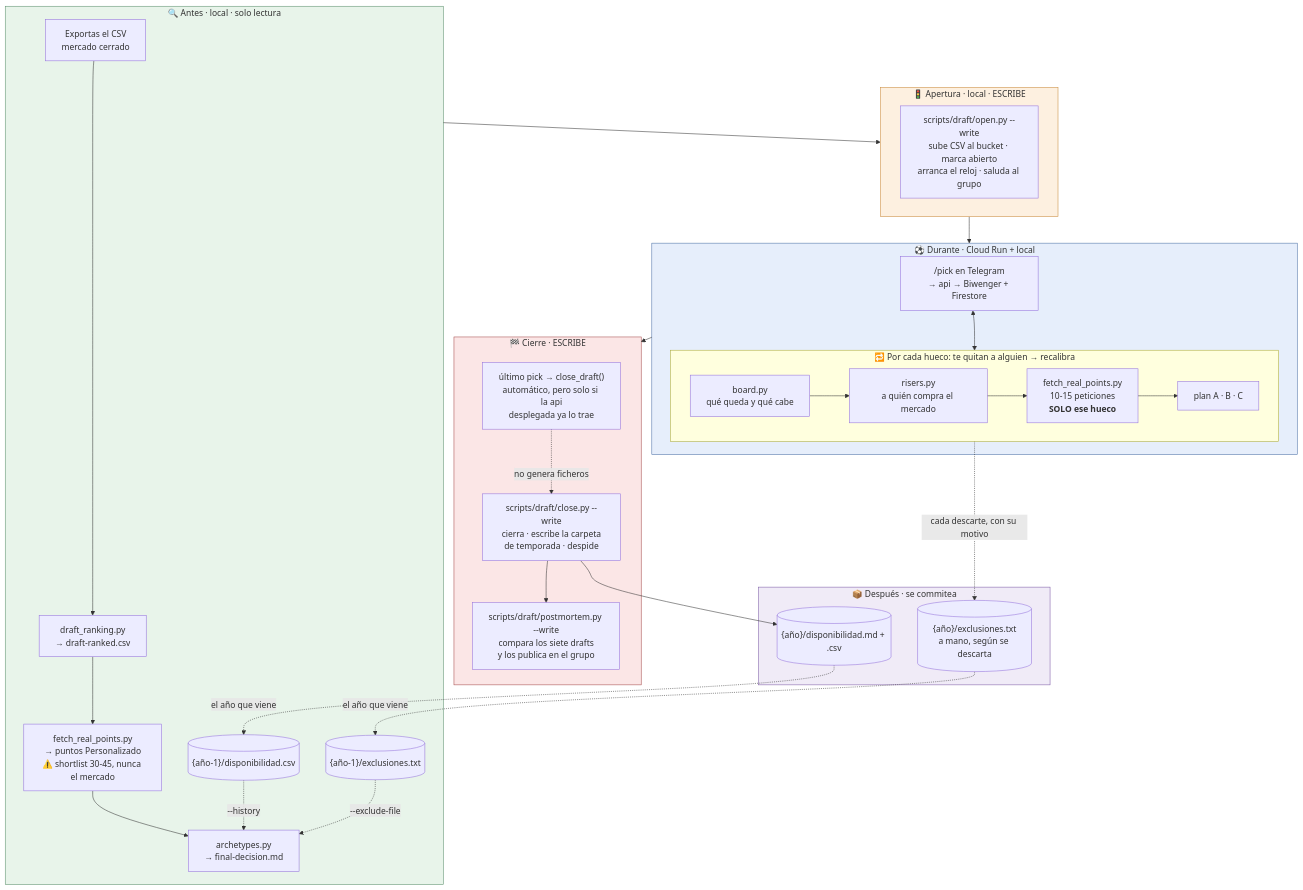
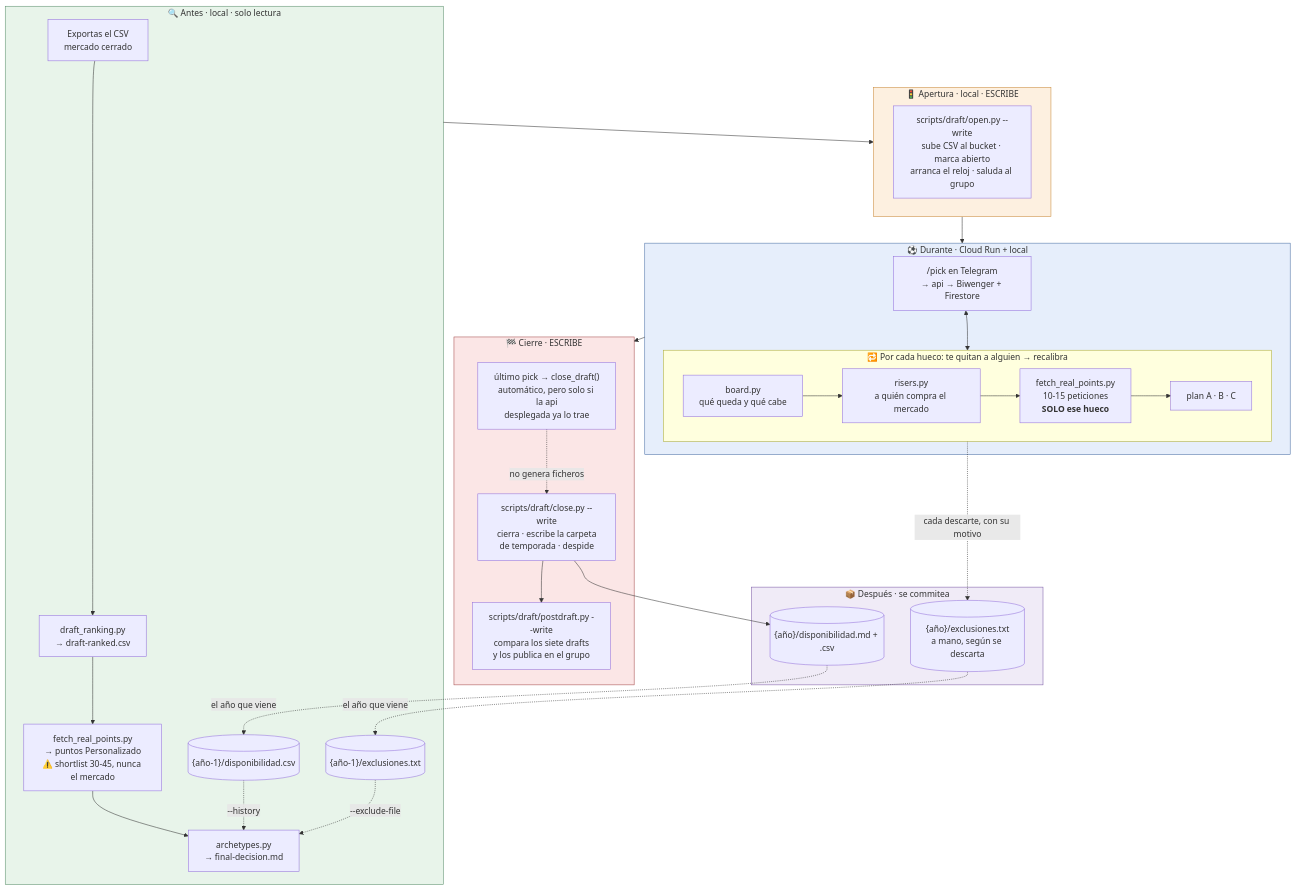
The diagram in packages/biwenger_tools/.claude/skills/draft/SKILL.md (jorgelillo7/lillorepo), drawn with Mermaid before and after one commit. The commit also changed 22 other files, not shown here.

````diff
--- a/packages/biwenger_tools/.claude/skills/draft/SKILL.md
+++ b/packages/biwenger_tools/.claude/skills/draft/SKILL.md
@@ -21,50 +21,50 @@
 ```mermaid
 flowchart TD
     subgraph PREP["🔍 Antes · local · solo lectura"]
         CSV["Exportas el CSV<br/>mercado cerrado"] --> RANK["draft_ranking.py<br/>→ draft-ranked.csv"]
         RANK --> REAL["fetch_real_points.py<br/>→ puntos Personalizado<br/>⚠️ shortlist 30-45, nunca el mercado"]
         REAL --> ARCH["archetypes.py<br/>→ final-decision.md"]
         HIST[("{año-1}/disponibilidad.csv")] -.->|--history| ARCH
         EXCL[("{año-1}/exclusiones.txt")] -.->|--exclude-file| ARCH
     end
 
     subgraph OPEN["🚦 Apertura · local · ESCRIBE"]
         OP["scripts/draft/open.py --write<br/>sube CSV al bucket · marca abierto<br/>arranca el reloj · saluda al grupo"]
     end
 
     subgraph LIVE["⚽ Durante · Cloud Run + local"]
         BOT["/pick en Telegram<br/>→ api → Biwenger + Firestore"]
         subgraph LOOP["🔁 Por cada hueco: te quitan a alguien → recalibra"]
             direction LR
             L1["board.py<br/>qué queda y qué cabe"] --> L2["risers.py<br/>a quién compra el mercado"]
             L2 --> L3["fetch_real_points.py<br/>10-15 peticiones<br/><b>SOLO ese hueco</b>"]
             L3 --> L4["plan A · B · C"]
         end
         BOT <--> LOOP
     end
 
     subgraph CLOSE["🏁 Cierre · ESCRIBE"]
         AUTO["último pick → close_draft()<br/>automático, pero solo si la api<br/>desplegada ya lo trae"]
         MAN["scripts/draft/close.py --write<br/>cierra · escribe la carpeta<br/>de temporada · despide"]
-        POST["scripts/draft/postmortem.py --write<br/>compara los siete drafts<br/>y los publica en el grupo"]
+        POST["scripts/draft/postdraft.py --write<br/>compara los siete drafts<br/>y los publica en el grupo"]
         MAN --> POST
     end
 
     subgraph AFTER["📦 Después · se commitea"]
         OUT[("{año}/disponibilidad.md + .csv")]
         VETO[("{año}/exclusiones.txt<br/>a mano, según se descarta")]
     end
 
     PREP --> OPEN --> LIVE --> CLOSE
     AUTO -.->|"no genera ficheros"| MAN
     MAN --> OUT
     LOOP -.->|"cada descarte, con su motivo"| VETO
     OUT -.->|"el año que viene"| HIST
     VETO -.->|"el año que viene"| EXCL
 
     style PREP fill:#e8f4ea,stroke:#5a8f6b
     style OPEN fill:#fdf0e0,stroke:#c98a3a
     style LIVE fill:#e6eefb,stroke:#4a6fa5
     style CLOSE fill:#fbe6e6,stroke:#a54a4a
     style AFTER fill:#f0ebf7,stroke:#7a5aa5
 ```
````
